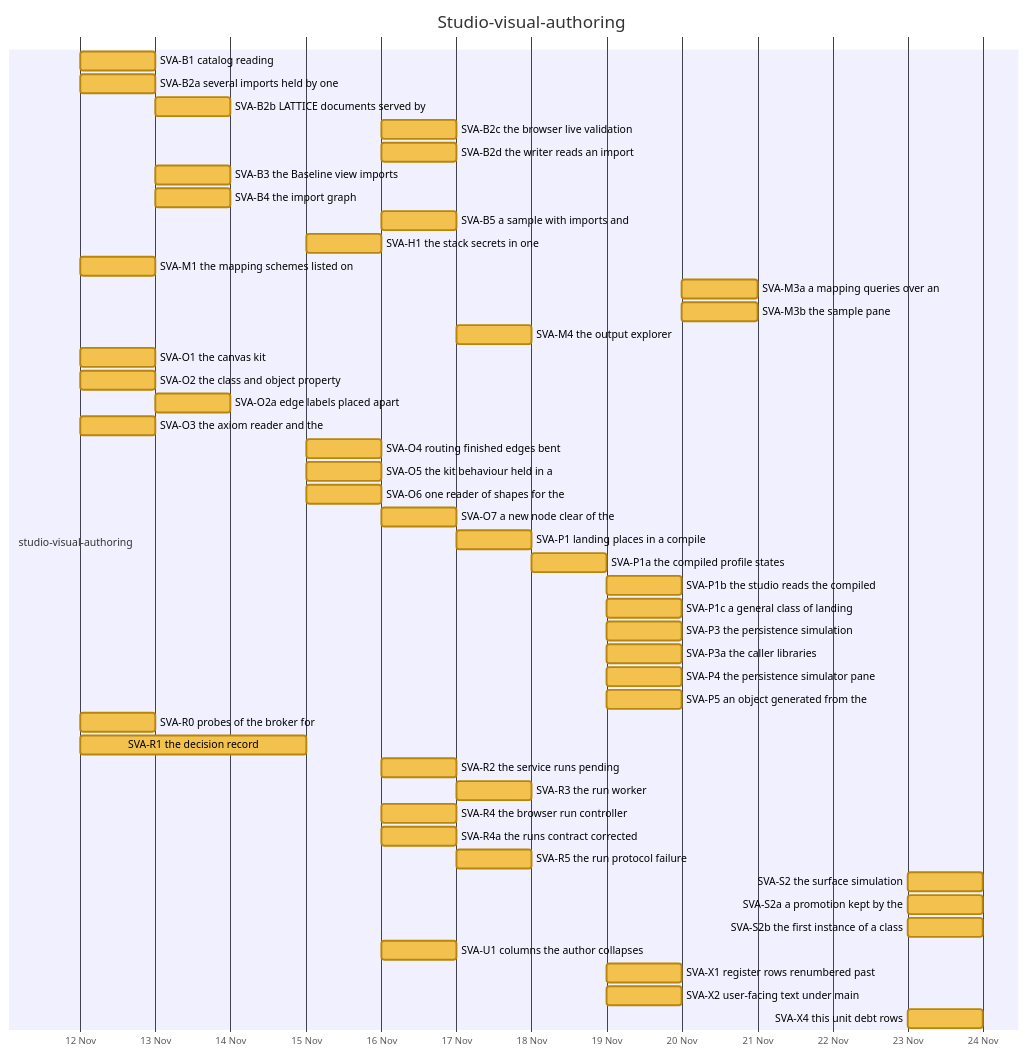
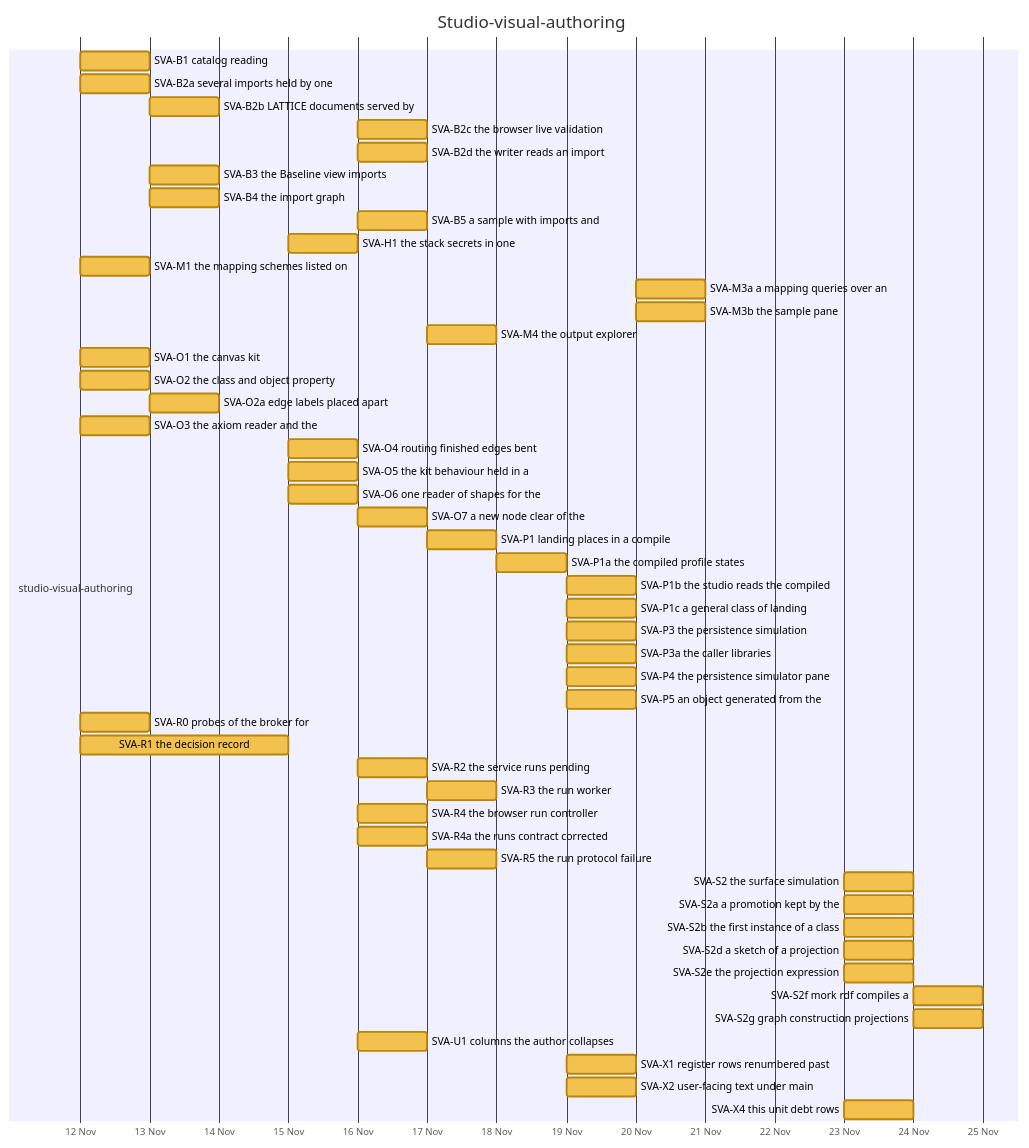
One commit to nebularis/lattice changed diagram 16 of 32 in docs/developer/ROADMAP.md. Above: the diagram before and after it, drawn with Mermaid. The commit also changed other lines of this file, not shown here.

First line of the commit message:
[studio-visual-authoring] Refresh the roadmap's generated sections after SVA-S2g

````diff
--- a/docs/developer/ROADMAP.md
+++ b/docs/developer/ROADMAP.md
@@ -482,51 +482,55 @@
 ```mermaid
 %%{init: {"themeVariables": {"taskBkgColor": "#f2c14e", "taskBorderColor": "#b8860b", "taskTextColor": "#000000", "activeTaskBkgColor": "#4e9af1", "activeTaskBorderColor": "#1f5fbf", "activeTaskBorderColor": "#1f5fbf", "doneTaskBkgColor": "#8fcf8f", "doneTaskBorderColor": "#2f7d32", "critBkgColor": "#f28b82", "critBorderColor": "#b23a30", "taskTextDarkColor": "#000000", "taskTextLightColor": "#000000"}}}%%
 gantt
     title Studio-visual-authoring
     dateFormat YYYY-MM-DD
     axisFormat %d %b
     section studio-visual-authoring
     SVA-B1 catalog reading :svab1, 2026-11-12, 2026-11-13
     SVA-B2a several imports held by one :svab2a, 2026-11-12, 2026-11-13
     SVA-B2b LATTICE documents served by :svab2b, 2026-11-13, 2026-11-14
     SVA-B2c the browser live validation :svab2c, 2026-11-16, 2026-11-17
     SVA-B2d the writer reads an import :svab2d, 2026-11-16, 2026-11-17
     SVA-B3 the Baseline view imports :svab3, 2026-11-13, 2026-11-14
     SVA-B4 the import graph :svab4, 2026-11-13, 2026-11-14
     SVA-B5 a sample with imports and :svab5, 2026-11-16, 2026-11-17
     SVA-H1 the stack secrets in one :svah1, 2026-11-15, 2026-11-16
     SVA-M1 the mapping schemes listed on :svam1, 2026-11-12, 2026-11-13
     SVA-M3a a mapping queries over an :svam3a, 2026-11-20, 2026-11-21
     SVA-M3b the sample pane :svam3b, 2026-11-20, 2026-11-21
     SVA-M4 the output explorer :svam4, 2026-11-17, 2026-11-18
     SVA-O1 the canvas kit :svao1, 2026-11-12, 2026-11-13
     SVA-O2 the class and object property :svao2, 2026-11-12, 2026-11-13
     SVA-O2a edge labels placed apart :svao2a, 2026-11-13, 2026-11-14
     SVA-O3 the axiom reader and the :svao3, 2026-11-12, 2026-11-13
     SVA-O4 routing finished edges bent :svao4, 2026-11-15, 2026-11-16
     SVA-O5 the kit behaviour held in a :svao5, 2026-11-15, 2026-11-16
     SVA-O6 one reader of shapes for the :svao6, 2026-11-15, 2026-11-16
     SVA-O7 a new node clear of the :svao7, 2026-11-16, 2026-11-17
     SVA-P1 landing places in a compile :svap1, 2026-11-17, 2026-11-18
     SVA-P1a the compiled profile states :svap1a, 2026-11-18, 2026-11-19
     SVA-P1b the studio reads the compiled :svap1b, 2026-11-19, 2026-11-20
     SVA-P1c a general class of landing :svap1c, 2026-11-19, 2026-11-20
     SVA-P3 the persistence simulation :svap3, 2026-11-19, 2026-11-20
     SVA-P3a the caller libraries :svap3a, 2026-11-19, 2026-11-20
     SVA-P4 the persistence simulator pane :svap4, 2026-11-19, 2026-11-20
     SVA-P5 an object generated from the :svap5, 2026-11-19, 2026-11-20
     SVA-R0 probes of the broker for :svar0, 2026-11-12, 2026-11-13
     SVA-R1 the decision record :svar1, 2026-11-12, 2026-11-15
     SVA-R2 the service runs pending :svar2, 2026-11-16, 2026-11-17
     SVA-R3 the run worker :svar3, 2026-11-17, 2026-11-18
     SVA-R4 the browser run controller :svar4, 2026-11-16, 2026-11-17
     SVA-R4a the runs contract corrected :svar4a, 2026-11-16, 2026-11-17
     SVA-R5 the run protocol failure :svar5, 2026-11-17, 2026-11-18
     SVA-S2 the surface simulation :svas2, 2026-11-23, 2026-11-24
     SVA-S2a a promotion kept by the :svas2a, 2026-11-23, 2026-11-24
     SVA-S2b the first instance of a class :svas2b, 2026-11-23, 2026-11-24
+    SVA-S2d a sketch of a projection :svas2d, 2026-11-23, 2026-11-24
+    SVA-S2e the projection expression :svas2e, 2026-11-23, 2026-11-24
+    SVA-S2f mork rdf compiles a :svas2f, 2026-11-24, 2026-11-25
+    SVA-S2g graph construction projections :svas2g, 2026-11-24, 2026-11-25
     SVA-U1 columns the author collapses :svau1, 2026-11-16, 2026-11-17
     SVA-X1 register rows renumbered past :svax1, 2026-11-19, 2026-11-20
     SVA-X2 user-facing text under main :svax2, 2026-11-19, 2026-11-20
     SVA-X4 this unit debt rows :svax4, 2026-11-23, 2026-11-24
 ```
````
